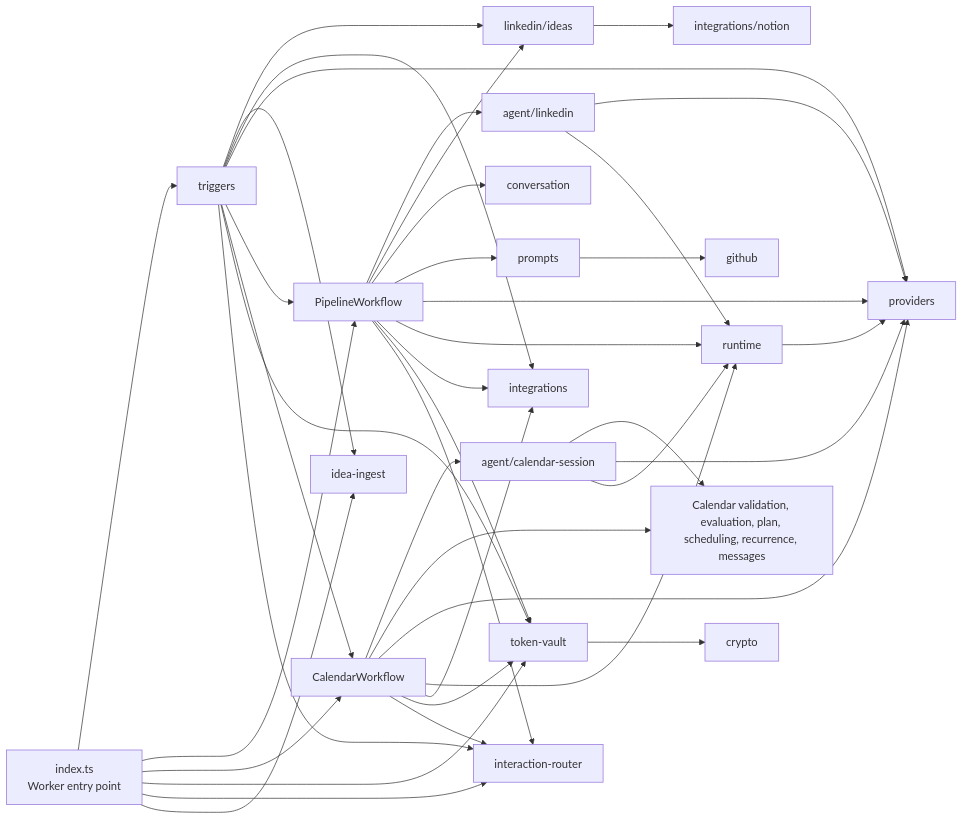
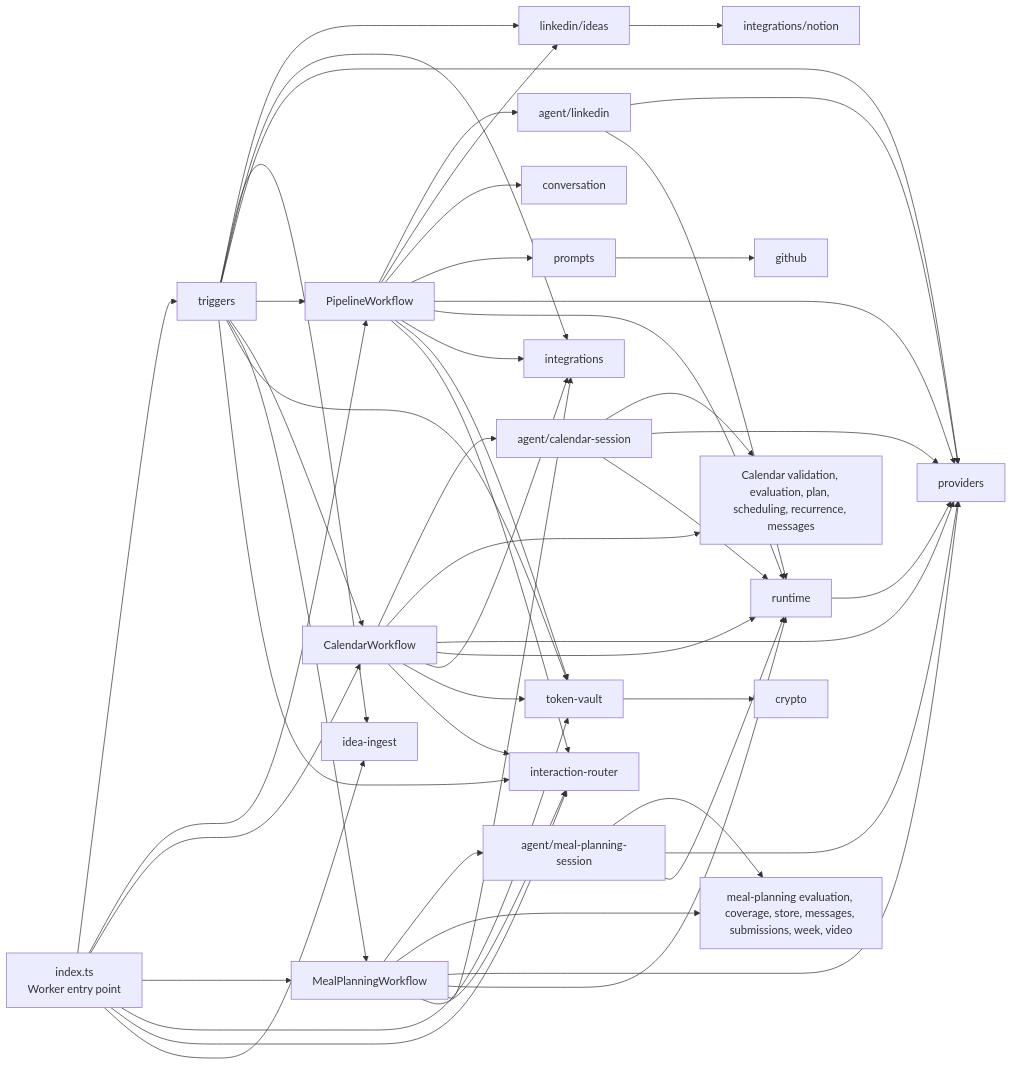
One commit to satwikhebbar/kipp changed the diagram in docs/architecture/modules.md. Above: the diagram before and after it, drawn with Mermaid. The commit also changed other lines of this file and 14 other files, not shown here.

Commit message:
feat(meal-planning): iteration 4 — optional recipe-video enrichment, architecture docs, and corpus-driven agent tests

````diff
--- a/docs/architecture/modules.md
+++ b/docs/architecture/modules.md
@@ -8,46 +9,58 @@
 ```mermaid
 flowchart LR
   entry["index.ts\nWorker entry point"] --> triggers["triggers"]
   entry --> linkedin_workflow["PipelineWorkflow"]
   entry --> calendar_workflow["CalendarWorkflow"]
+  entry --> meal_workflow["MealPlanningWorkflow"]
   entry --> vault["token-vault"]
   entry --> router["interaction-router"]
   entry --> ingest["idea-ingest"]
 
   triggers --> ideas["linkedin/ideas"]
   triggers --> ingest
   triggers --> integrations["integrations"]
   triggers --> providers["providers"]
   triggers --> linkedin_workflow
   triggers --> calendar_workflow
+  triggers --> meal_workflow
   triggers --> vault
   triggers --> router
 
   linkedin_workflow --> linkedin_agent["agent/linkedin"]
   linkedin_workflow --> ideas
   linkedin_workflow --> conversation["conversation"]
   linkedin_workflow --> prompts["prompts"]
   linkedin_workflow --> providers
   linkedin_workflow --> runtime["runtime"]
   linkedin_workflow --> integrations
   linkedin_workflow --> vault
   linkedin_workflow --> router
 
   calendar_workflow --> calendar_agent["agent/calendar-session"]
   calendar_workflow --> calendar_domain["Calendar validation, evaluation, plan, scheduling, recurrence, messages"]
   calendar_workflow --> providers
   calendar_workflow --> runtime
   calendar_workflow --> integrations
   calendar_workflow --> vault
   calendar_workflow --> router
 
+  meal_workflow --> meal_agent["agent/meal-planning-session"]
+  meal_workflow --> meal_domain["meal-planning evaluation, coverage, store, messages, submissions, week, video"]
+  meal_workflow --> providers
+  meal_workflow --> runtime
+  meal_workflow --> integrations
+  meal_workflow --> router
+
   ideas --> notion["integrations/notion"]
   prompts --> github
   linkedin_agent --> providers
   linkedin_agent --> runtime
   calendar_agent --> calendar_domain
   calendar_agent --> providers
   calendar_agent --> runtime
+  meal_agent --> meal_domain
+  meal_agent --> providers
+  meal_agent --> runtime
   runtime --> providers
   vault --> crypto["crypto"]
 ```
````
